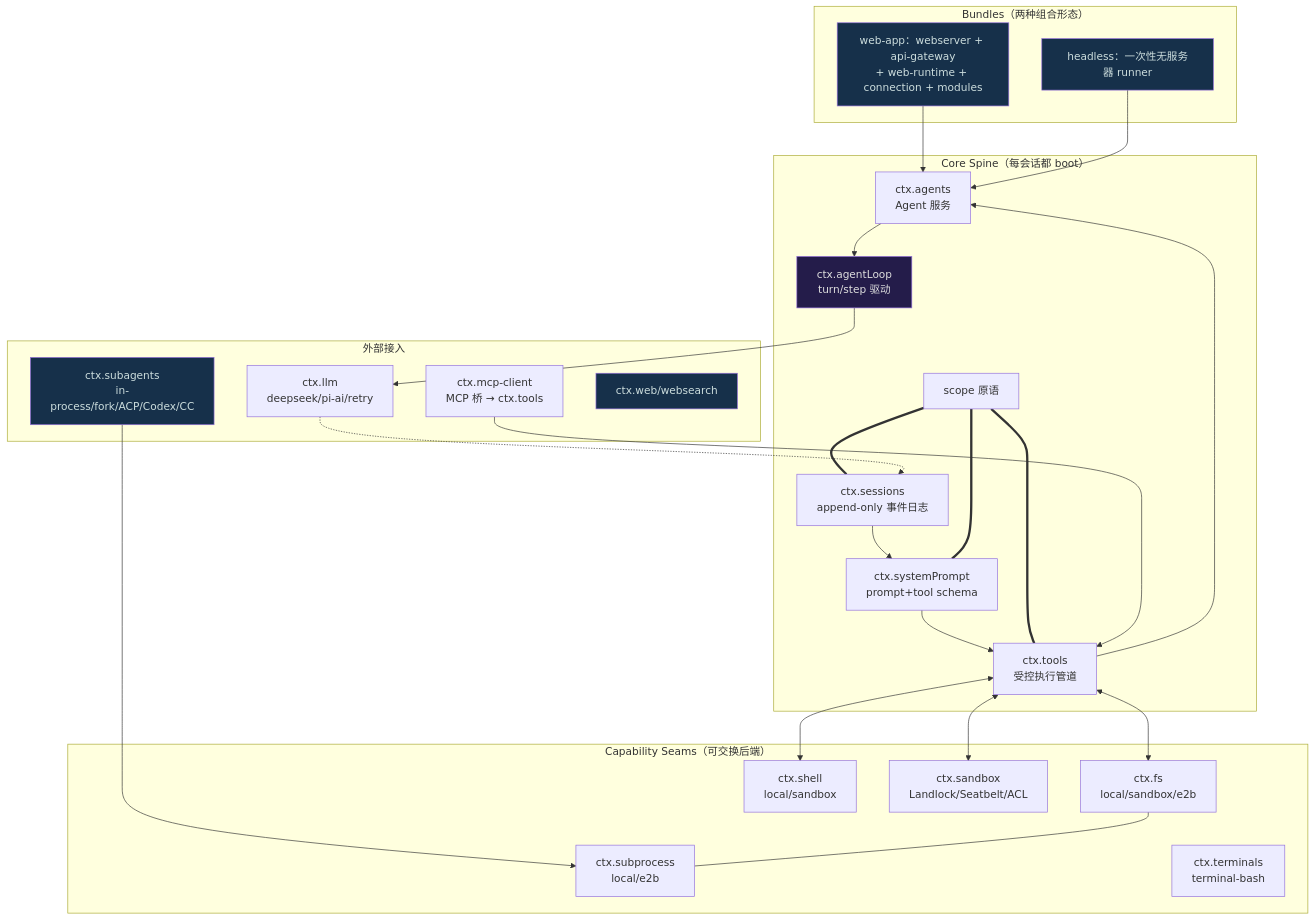
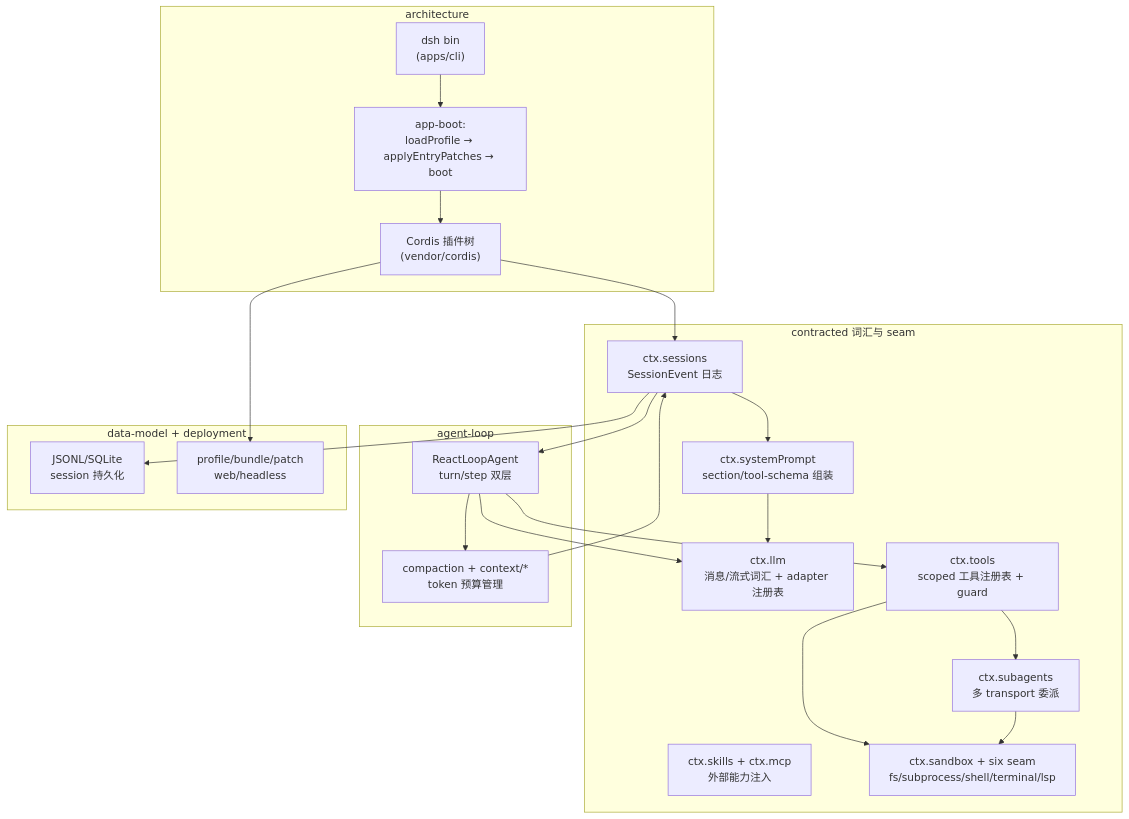
Before and after one commit to morehao/oss-insights: the diagram in ai-agent/deepseek-harness/README.md, drawn with Mermaid. The commit also changed other lines of this file and 22 other files, not shown here.

````diff
--- a/ai-agent/deepseek-harness/README.md
+++ b/ai-agent/deepseek-harness/README.md
@@ -59,38 +56,40 @@
 ```mermaid
 graph TB
-    subgraph 形态层[Bundles（两种组合形态）]
-        WEB["web-app：webserver + api-gateway<br>+ web-runtime + connection + modules"]:::app
-        HEAD["headless：一次性无服务器 runner"]:::app
+    subgraph 部署与装配[architecture]
+        CLI["dsh bin<br>(apps/cli)"]
+        BOOT["app-boot:<br>loadProfile → applyEntryPatches → boot"]
+        TREE["Cordis 插件树<br>(vendor/cordis)"]
     end
-    subgraph 核心脊柱[Core Spine（每会话都 boot）]
-        S["ctx.sessions<br>append-only 事件日志"] --> SP["ctx.systemPrompt<br>prompt+tool schema"]
-        SP --> T["ctx.tools<br>受控执行管道"]
-        T --> A["ctx.agents<br>Agent 服务"]
-        A --> L["ctx.agentLoop<br>turn/step 驱动"]:::core
-        SC["scope 原语"] === S & SP & T
+    subgraph 能力面[contracted 词汇与 seam]
+        LLM["ctx.llm<br>消息/流式词汇 + adapter 注册表"]
+        SP["ctx.systemPrompt<br>section/tool-schema 组装"]
+        SAPI["ctx.sessions<br>SessionEvent 日志"]
+        TL["ctx.tools<br>scoped 工具注册表 + guard"]
+        SUB["ctx.subagents<br>多 transport 委派"]
+        SK["ctx.skills + ctx.mcp<br>外部能力注入"]
+        SAND["ctx.sandbox + six seam<br>fs/subprocess/shell/terminal/lsp"]
     end
-    subgraph 能力边界[Capability Seams（可交换后端）]
-        FS["ctx.fs<br>local/sandbox/e2b"]
-        SUB["ctx.subprocess<br>local/e2b"]
-        SHELL["ctx.shell<br>local/sandbox"]
-        SBX["ctx.sandbox<br>Landlock/Seatbelt/ACL"]
-        TERM["ctx.terminals<br>terminal-bash"]
+    subgraph 驱动[agent-loop]
+        LOOP["ReactLoopAgent<br>turn/step 双层"]
+        MEM["compaction + context/*<br>token 预算管理"]
     end
-    subgraph 外部能力[外部接入]
-        LLM["ctx.llm<br>deepseek/pi-ai/retry"]
-        MCP["ctx.mcp-client<br>MCP 桥 → ctx.tools"]
-        SAGA["ctx.subagents<br>in-process/fork/ACP/Codex/CC"]:::app
-        WEB2["ctx.web/websearch"]:::app
+    subgraph 地面[data-model + deployment]
+        PERSIST["JSONL/SQLite<br>session 持久化"]
+        PROFILE["profile/bundle/patch<br>web/headless"]
     end
 
-    WEB & HEAD --> A
-    L --> LLM
-    T <--> FS & SHELL & SBX
-    SAGA --> SUB
-    FS --- SUB
-    MCP --> T
-    LLM -.-> S
-
-    classDef app fill:#16304a,color:#cdd
-    classDef core fill:#241c4a,color:#ddd
+    CLI --> BOOT --> TREE
+    TREE --> SAPI
+    SAPI --> SP
+    SAPI --> LOOP
+    LOOP --> LLM
+    LOOP --> TL
+    TL --> SAND
+    TL --> SUB
+    SP --> LLM
+    SUB --> SAND
+    LOOP --> MEM
+    MEM --> SAPI
+    SAPI --> PERSIST
+    TREE --> PROFILE
 ```
````
